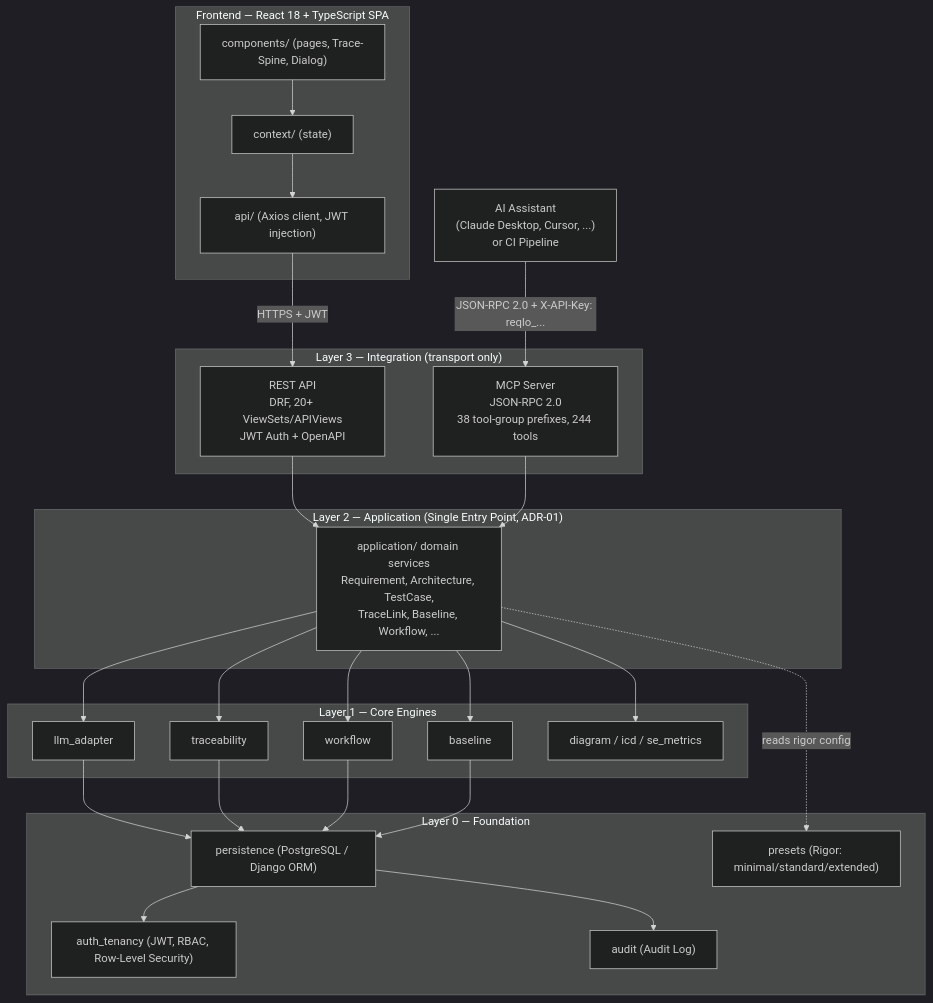
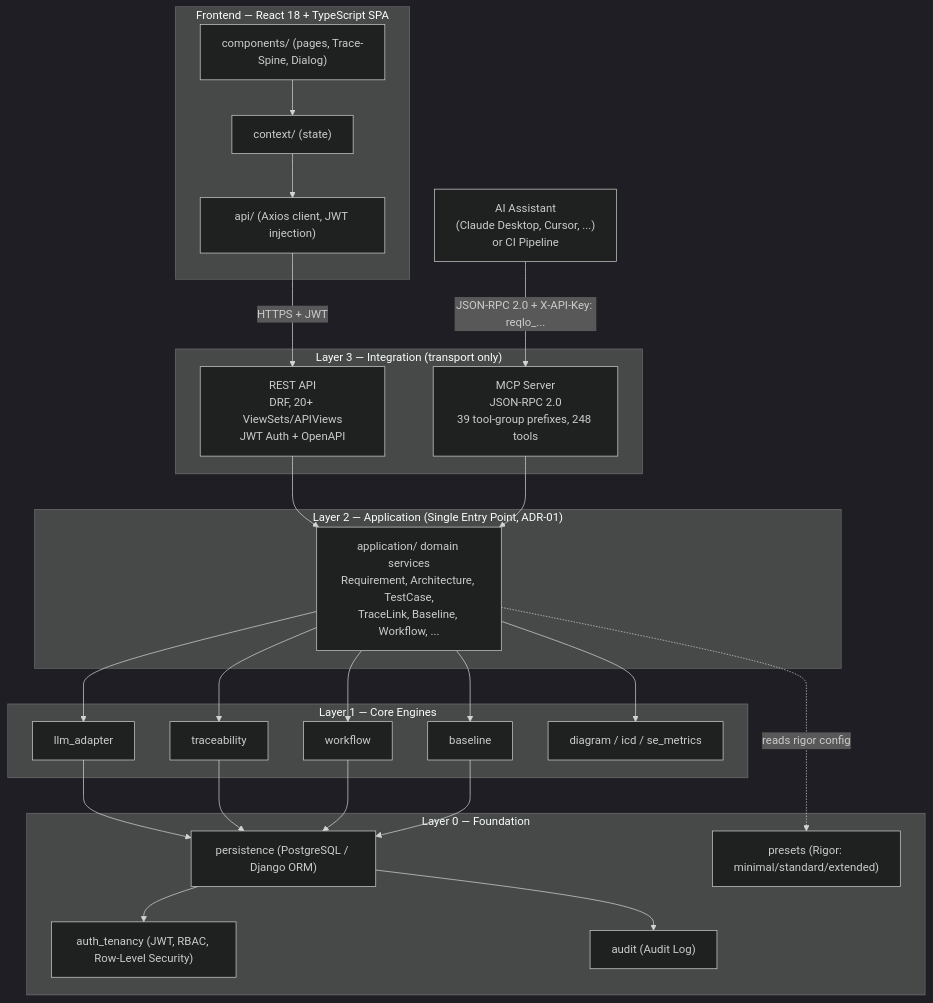
One commit to Popoboxxo/ReqogniLoom changed the first of 3 diagrams in README.md. Above: the diagram before and after it, drawn with Mermaid (dark theme). The commit also changed other lines of this file and 13 other files, not shown here.

Commit message:
chore(meta): sync documented MCP tool and prefix counts to 248/39

````diff
--- a/README.md
+++ b/README.md
@@ -101,53 +101,53 @@
 ```mermaid
 graph TD
     subgraph FE["Frontend — React 18 + TypeScript SPA"]
         UI["components/ (pages, Trace-Spine, Dialog)"]
         CTX["context/ (state)"]
         APICLIENT["api/ (Axios client, JWT injection)"]
         UI --> CTX --> APICLIENT
     end
 
     EXT["AI Assistant<br/>(Claude Desktop, Cursor, ...)<br/>or CI Pipeline"]
 
     subgraph L3["Layer 3 — Integration (transport only)"]
         REST["REST API<br/>DRF, 20+ ViewSets/APIViews<br/>JWT Auth + OpenAPI"]
-        MCP["MCP Server<br/>JSON-RPC 2.0<br/>38 tool-group prefixes, 244 tools"]
+        MCP["MCP Server<br/>JSON-RPC 2.0<br/>39 tool-group prefixes, 248 tools"]
     end
 
     subgraph L2["Layer 2 — Application (Single Entry Point, ADR-01)"]
         APP["application/ domain services<br/>Requirement, Architecture, TestCase,<br/>TraceLink, Baseline, Workflow, ..."]
     end
 
     subgraph L1["Layer 1 — Core Engines"]
         LLM["llm_adapter"]
         TRACE["traceability"]
         WF["workflow"]
         BASE["baseline"]
         DIAG["diagram / icd / se_metrics"]
     end
 
     subgraph L0["Layer 0 — Foundation"]
         PERSIST["persistence (PostgreSQL / Django ORM)"]
         AUTH["auth_tenancy (JWT, RBAC, Row-Level Security)"]
         PRESET["presets (Rigor: minimal/standard/extended)"]
         AUDIT["audit (Audit Log)"]
     end
 
     APICLIENT -->|"HTTPS + JWT"| REST
     EXT -->|"JSON-RPC 2.0 + X-API-Key: reqlo_..."| MCP
 
     REST --> APP
     MCP --> APP
     APP --> LLM
     APP --> TRACE
     APP --> WF
     APP --> BASE
     APP --> DIAG
     APP -.->|"reads rigor config"| PRESET
     LLM --> PERSIST
     TRACE --> PERSIST
     WF --> PERSIST
     BASE --> PERSIST
     PERSIST --> AUTH
     PERSIST --> AUDIT
 ```
````
